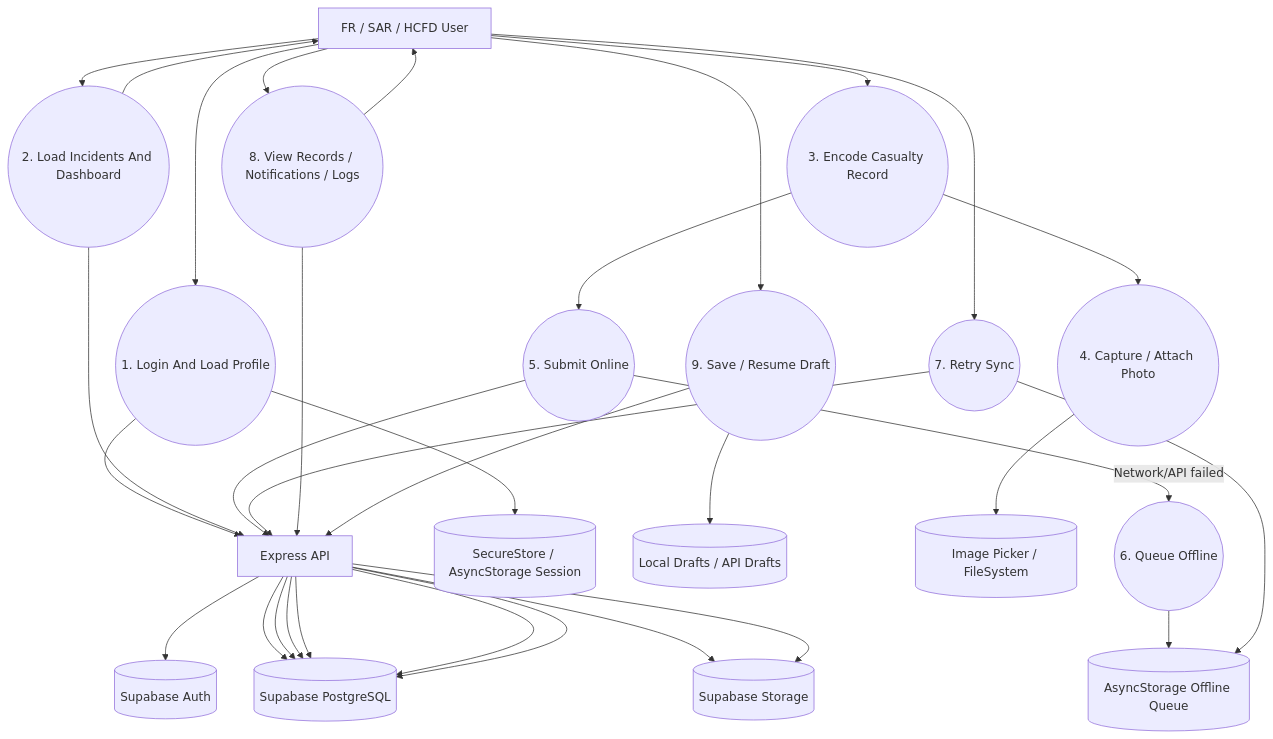
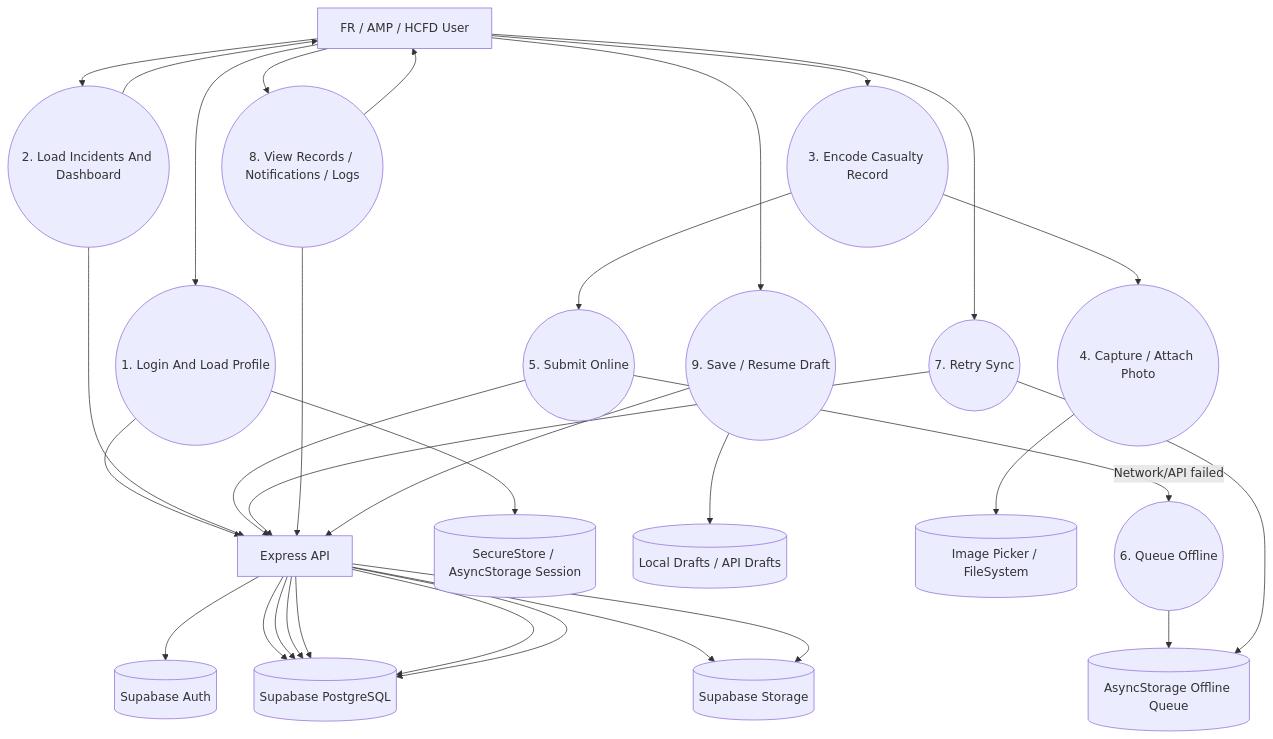
The sixth of 11 diagrams in disaster-casualty-system/PROJECT_FLOWCHART_AND_DFD.md (jlgallajones/upmanila), drawn with Mermaid before and after one commit. The commit also changed other lines of this file and 15 other files, not shown here.

````diff
--- a/disaster-casualty-system/PROJECT_FLOWCHART_AND_DFD.md
+++ b/disaster-casualty-system/PROJECT_FLOWCHART_AND_DFD.md
@@ -257,63 +257,63 @@
 ```mermaid
 flowchart TD
-  MobileUser[FR / SAR / HCFD User]
+  MobileUser[FR / AMP / HCFD User]
 
   P1((1. Login And Load Profile))
   P2((2. Load Incidents And Dashboard))
   P3((3. Encode Casualty Record))
   P4((4. Capture / Attach Photo))
   P5((5. Submit Online))
   P6((6. Queue Offline))
   P7((7. Retry Sync))
   P8((8. View Records / Notifications / Logs))
   P9((9. Save / Resume Draft))
 
   LocalSession[(SecureStore / AsyncStorage Session)]
   LocalQueue[(AsyncStorage Offline Queue)]
   LocalDrafts[(Local Drafts / API Drafts)]
   LocalFiles[(Image Picker / FileSystem)]
 
   API[Express API]
   Auth[(Supabase Auth)]
   DB[(Supabase PostgreSQL)]
   Storage[(Supabase Storage)]
 
   MobileUser --> P1
   P1 --> API
   API --> Auth
   API --> DB
   P1 --> LocalSession
 
   MobileUser --> P2
   P2 --> API
   API --> DB
   P2 --> MobileUser
 
   MobileUser --> P3
   P3 --> P4
   P4 --> LocalFiles
 
   P3 --> P5
   P5 --> API
   API --> DB
   API --> Storage
 
   P5 -->|Network/API failed| P6
   P6 --> LocalQueue
 
   MobileUser --> P7
   P7 --> LocalQueue
   P7 --> API
   API --> DB
   API --> Storage
 
   MobileUser --> P8
   P8 --> API
   API --> DB
   P8 --> MobileUser
 
   MobileUser --> P9
   P9 --> LocalDrafts
   P9 --> API
   API --> DB
 ```
````
